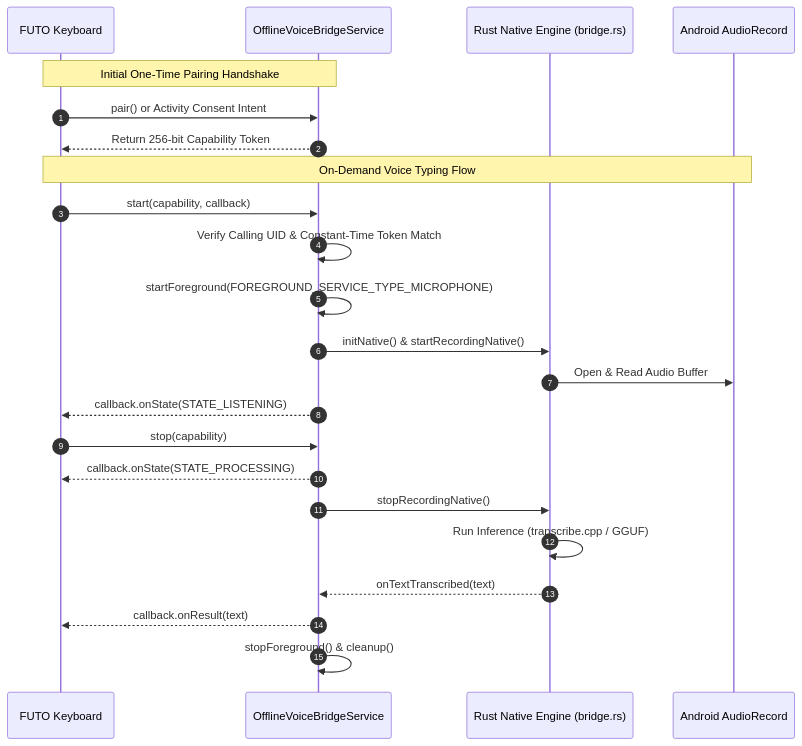
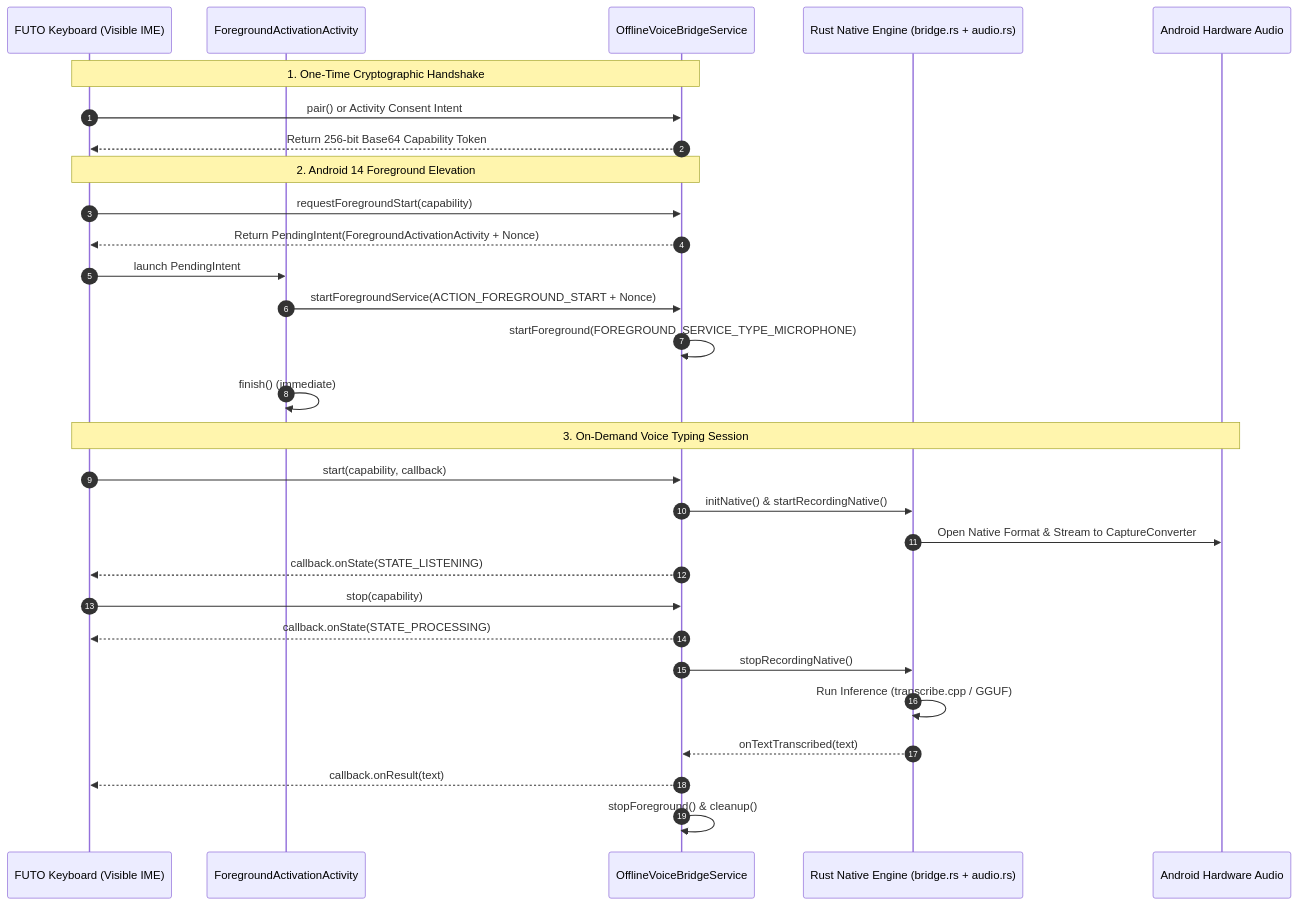
One commit to NairoDorian/Android_FreeSpeech changed the diagram in docs/FORKS_AND_REFERENCES.md. Above: the diagram before and after it, drawn with Mermaid. The commit also changed other lines of this file, not shown here.

Commit message:
docs: reference djurcola/agent/stable-test-signing with Android 14 trampoline and native context bootstrap

````diff
--- a/docs/FORKS_AND_REFERENCES.md
+++ b/docs/FORKS_AND_REFERENCES.md
@@ -78,28 +90,35 @@
 ```mermaid
 sequenceDiagram
     autonumber
-    participant FUTO as FUTO Keyboard
+    participant FUTO as FUTO Keyboard (Visible IME)
+    participant Act as ForegroundActivationActivity
     participant Bridge as OfflineVoiceBridgeService
-    participant Native as Rust Native Engine (bridge.rs)
-    participant Mic as Android AudioRecord
+    participant Native as Rust Native Engine (bridge.rs + audio.rs)
+    participant Mic as Android Hardware Audio
 
-    Note over FUTO,Bridge: Initial One-Time Pairing Handshake
+    Note over FUTO,Bridge: 1. One-Time Cryptographic Handshake
     FUTO->>Bridge: pair() or Activity Consent Intent
-    Bridge-->>FUTO: Return 256-bit Capability Token
+    Bridge-->>FUTO: Return 256-bit Base64 Capability Token
 
-    Note over FUTO,Mic: On-Demand Voice Typing Flow
+    Note over FUTO,Bridge: 2. Android 14 Foreground Elevation
+    FUTO->>Bridge: requestForegroundStart(capability)
+    Bridge-->>FUTO: Return PendingIntent(ForegroundActivationActivity + Nonce)
+    FUTO->>Act: launch PendingIntent
+    Act->>Bridge: startForegroundService(ACTION_FOREGROUND_START + Nonce)
+    Bridge->>Bridge: startForeground(FOREGROUND_SERVICE_TYPE_MICROPHONE)
+    Act->>Act: finish() (immediate)
+
+    Note over FUTO,Mic: 3. On-Demand Voice Typing Session
     FUTO->>Bridge: start(capability, callback)
-    Bridge->>Bridge: Verify Calling UID & Constant-Time Token Match
-    Bridge->>Bridge: startForeground(FOREGROUND_SERVICE_TYPE_MICROPHONE)
     Bridge->>Native: initNative() & startRecordingNative()
-    Native->>Mic: Open & Read Audio Buffer
+    Native->>Mic: Open Native Format & Stream to CaptureConverter
     Bridge-->>FUTO: callback.onState(STATE_LISTENING)
 
     FUTO->>Bridge: stop(capability)
     Bridge-->>FUTO: callback.onState(STATE_PROCESSING)
     Bridge->>Native: stopRecordingNative()
     Native->>Native: Run Inference (transcribe.cpp / GGUF)
     Native-->>Bridge: onTextTranscribed(text)
     Bridge-->>FUTO: callback.onResult(text)
     Bridge->>Bridge: stopForeground() & cleanup()
 ```
````
